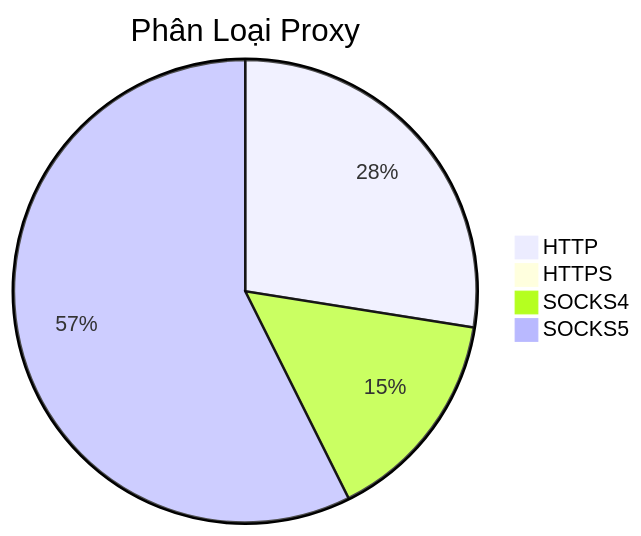
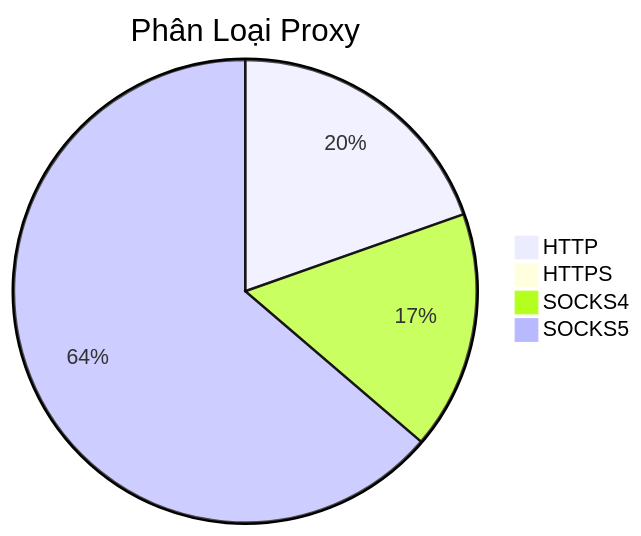
Before and after one commit to Ciara-12/PROXY-free: the diagram in README.md, drawn with Mermaid. The commit also changed other lines of this file and 3 other files, not shown here.

````diff
--- a/README.md
+++ b/README.md
@@ -26,7 +26,7 @@
 ```mermaid
 pie title Phân Loại Proxy
-    "HTTP" : 646
+    "HTTP" : 426
     "HTTPS" : 0
-    "SOCKS4" : 355
-    "SOCKS5" : 1347
+    "SOCKS4" : 362
+    "SOCKS5" : 1385
 ```
````
